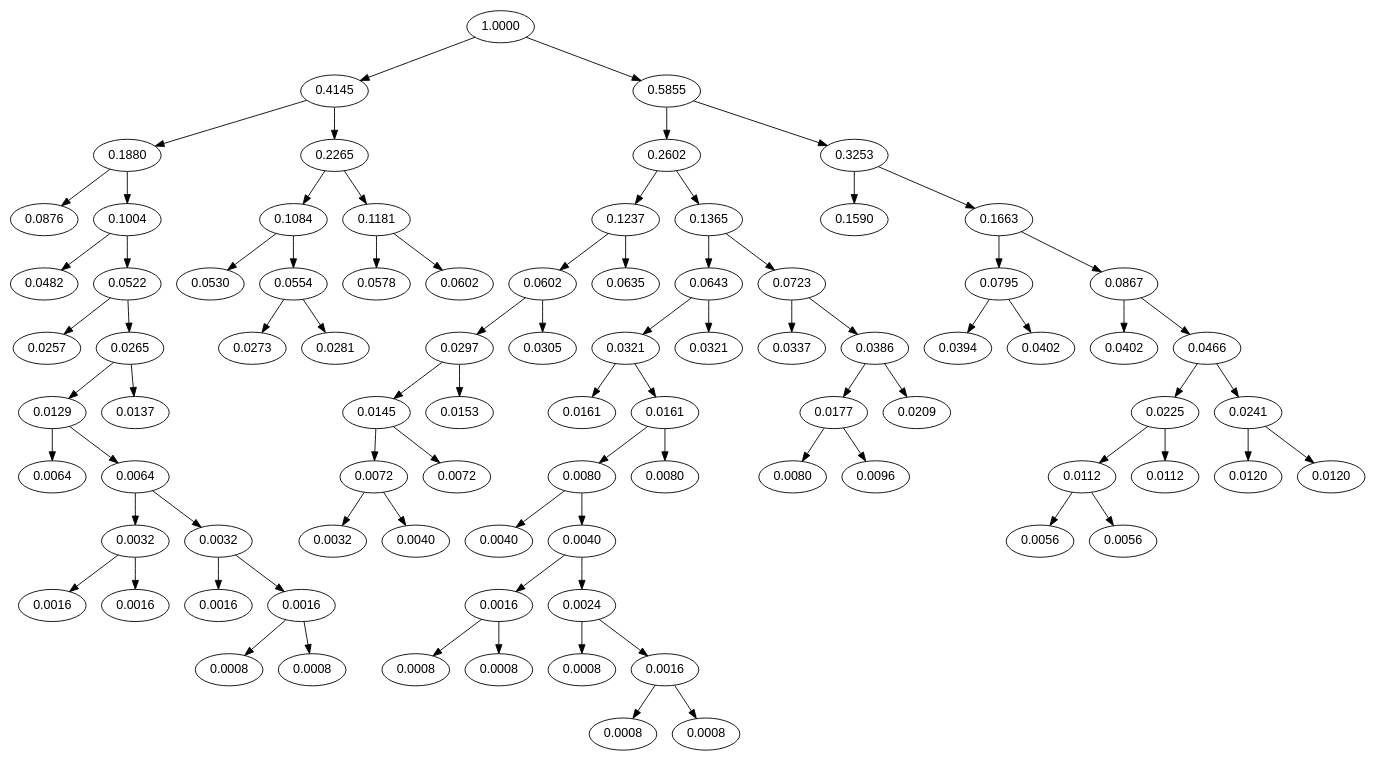
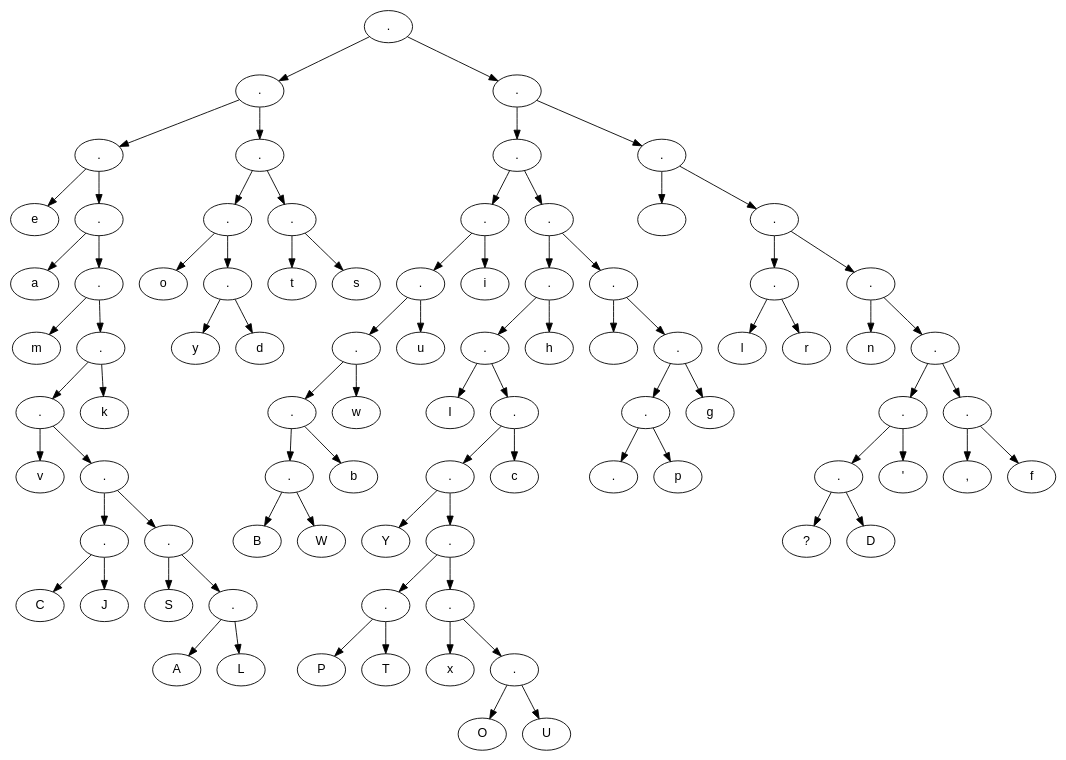
Before and after one commit to lukas-hen/compression: the diagram in resources/generated.dot, drawn with Graphviz. The commit also changed 6 other files, not shown here.

```diff
--- a/resources/generated.dot
+++ b/resources/generated.dot
@@ -1,132 +1,133 @@
 digraph BST {
     node [fontname="Arial" ];
-    n85 [ label = "1.0000" ];
-    n83 [ label = "0.4145" ];
-    n79 [ label = "0.1880" ];
-    n41 [ label = "0.0876" ];
-    n73 [ label = "0.1004" ];
-    n36 [ label = "0.0482" ];
-    n66 [ label = "0.0522" ];
-    n27 [ label = "0.0257" ];
-    n61 [ label = "0.0265" ];
-    n55 [ label = "0.0129" ];
-    n15 [ label = "0.0064" ];
-    n51 [ label = "0.0064" ];
-    n48 [ label = "0.0032" ];
-    n7 [ label = "0.0016" ];
-    n8 [ label = "0.0016" ];
-    n49 [ label = "0.0032" ];
-    n9 [ label = "0.0016" ];
-    n44 [ label = "0.0016" ];
-    n0 [ label = "0.0008" ];
-    n1 [ label = "0.0008" ];
-    n23 [ label = "0.0137" ];
-    n80 [ label = "0.2265" ];
-    n74 [ label = "0.1084" ];
-    n37 [ label = "0.0530" ];
-    n67 [ label = "0.0554" ];
-    n28 [ label = "0.0273" ];
-    n29 [ label = "0.0281" ];
-    n75 [ label = "0.1181" ];
-    n38 [ label = "0.0578" ];
-    n39 [ label = "0.0602" ];
-    n84 [ label = "0.5855" ];
-    n81 [ label = "0.2602" ];
-    n76 [ label = "0.1237" ];
-    n68 [ label = "0.0602" ];
-    n62 [ label = "0.0297" ];
-    n56 [ label = "0.0145" ];
-    n52 [ label = "0.0072" ];
-    n10 [ label = "0.0032" ];
-    n11 [ label = "0.0040" ];
-    n16 [ label = "0.0072" ];
-    n24 [ label = "0.0153" ];
-    n30 [ label = "0.0305" ];
-    n40 [ label = "0.0635" ];
-    n77 [ label = "0.1365" ];
-    n69 [ label = "0.0643" ];
-    n63 [ label = "0.0321" ];
-    n25 [ label = "0.0161" ];
-    n57 [ label = "0.0161" ];
-    n53 [ label = "0.0080" ];
-    n12 [ label = "0.0040" ];
-    n50 [ label = "0.0040" ];
-    n45 [ label = "0.0016" ];
-    n3 [ label = "0.0008" ];
-    n4 [ label = "0.0008" ];
-    n47 [ label = "0.0024" ];
-    n6 [ label = "0.0008" ];
-    n46 [ label = "0.0016" ];
-    n2 [ label = "0.0008" ];
-    n5 [ label = "0.0008" ];
-    n18 [ label = "0.0080" ];
-    n31 [ label = "0.0321" ];
-    n70 [ label = "0.0723" ];
-    n32 [ label = "0.0337" ];
-    n64 [ label = "0.0386" ];
-    n58 [ label = "0.0177" ];
-    n17 [ label = "0.0080" ];
-    n19 [ label = "0.0096" ];
-    n26 [ label = "0.0209" ];
-    n82 [ label = "0.3253" ];
-    n42 [ label = "0.1590" ];
-    n78 [ label = "0.1663" ];
-    n71 [ label = "0.0795" ];
-    n33 [ label = "0.0394" ];
-    n35 [ label = "0.0402" ];
-    n72 [ label = "0.0867" ];
-    n34 [ label = "0.0402" ];
-    n65 [ label = "0.0466" ];
-    n59 [ label = "0.0225" ];
-    n54 [ label = "0.0112" ];
-    n13 [ label = "0.0056" ];
-    n14 [ label = "0.0056" ];
-    n20 [ label = "0.0112" ];
-    n60 [ label = "0.0241" ];
-    n21 [ label = "0.0120" ];
-    n22 [ label = "0.0120" ];
+    n85 [ label = "." ];
+    n83 [ label = "." ];
+    n79 [ label = "." ];
+    n41 [ label = "e" ];
+    n73 [ label = "." ];
+    n36 [ label = "a" ];
+    n66 [ label = "." ];
+    n27 [ label = "m" ];
+    n61 [ label = "." ];
+    n55 [ label = "." ];
+    n15 [ label = "v" ];
+    n51 [ label = "." ];
+    n48 [ label = "." ];
+    n7 [ label = "C" ];
+    n8 [ label = "J" ];
+    n49 [ label = "." ];
+    n9 [ label = "S" ];
+    n44 [ label = "." ];
+    n0 [ label = "A" ];
+    n1 [ label = "L" ];
+    n23 [ label = "k" ];
+    n80 [ label = "." ];
+    n74 [ label = "." ];
+    n37 [ label = "o" ];
+    n67 [ label = "." ];
+    n28 [ label = "y" ];
+    n29 [ label = "d" ];
+    n75 [ label = "." ];
+    n38 [ label = "t" ];
+    n39 [ label = "s" ];
+    n84 [ label = "." ];
+    n81 [ label = "." ];
+    n76 [ label = "." ];
+    n68 [ label = "." ];
+    n62 [ label = "." ];
+    n56 [ label = "." ];
+    n52 [ label = "." ];
+    n10 [ label = "B" ];
+    n11 [ label = "W" ];
+    n16 [ label = "b" ];
+    n24 [ label = "w" ];
+    n30 [ label = "u" ];
+    n40 [ label = "i" ];
+    n77 [ label = "." ];
+    n69 [ label = "." ];
+    n63 [ label = "." ];
+    n25 [ label = "I" ];
+    n57 [ label = "." ];
+    n53 [ label = "." ];
+    n12 [ label = "Y" ];
+    n50 [ label = "." ];
+    n45 [ label = "." ];
+    n3 [ label = "P" ];
+    n4 [ label = "T" ];
+    n47 [ label = "." ];
+    n6 [ label = "x" ];
+    n46 [ label = "." ];
+    n2 [ label = "O" ];
+    n5 [ label = "U" ];
+    n18 [ label = "c" ];
+    n31 [ label = "h" ];
+    n70 [ label = "." ];
+    n32 [ label = "
+" ];
+    n64 [ label = "." ];
+    n58 [ label = "." ];
+    n17 [ label = "." ];
+    n19 [ label = "p" ];
+    n26 [ label = "g" ];
+    n82 [ label = "." ];
+    n42 [ label = " " ];
+    n78 [ label = "." ];
+    n71 [ label = "." ];
+    n33 [ label = "l" ];
+    n35 [ label = "r" ];
+    n72 [ label = "." ];
+    n34 [ label = "n" ];
+    n65 [ label = "." ];
+    n59 [ label = "." ];
+    n54 [ label = "." ];
+    n13 [ label = "?" ];
+    n14 [ label = "D" ];
+    n20 [ label = "'" ];
+    n60 [ label = "." ];
+    n21 [ label = "," ];
+    n22 [ label = "f" ];
 
     n85 -> { n83 n84 };
     n83 -> { n79 n80 };
     n79 -> { n41 n73 };
     n73 -> { n36 n66 };
     n66 -> { n27 n61 };
     n61 -> { n55 n23 };
     n55 -> { n15 n51 };
     n51 -> { n48 n49 };
     n48 -> { n7 n8 };
     n49 -> { n9 n44 };
     n44 -> { n0 n1 };
     n80 -> { n74 n75 };
     n74 -> { n37 n67 };
     n67 -> { n28 n29 };
     n75 -> { n38 n39 };
     n84 -> { n81 n82 };
     n81 -> { n76 n77 };
     n76 -> { n68 n40 };
     n68 -> { n62 n30 };
     n62 -> { n56 n24 };
     n56 -> { n52 n16 };
     n52 -> { n10 n11 };
     n77 -> { n69 n70 };
     n69 -> { n63 n31 };
     n63 -> { n25 n57 };
     n57 -> { n53 n18 };
     n53 -> { n12 n50 };
     n50 -> { n45 n47 };
     n45 -> { n3 n4 };
     n47 -> { n6 n46 };
     n46 -> { n2 n5 };
     n70 -> { n32 n64 };
     n64 -> { n58 n26 };
     n58 -> { n17 n19 };
     n82 -> { n42 n78 };
     n78 -> { n71 n72 };
     n71 -> { n33 n35 };
     n72 -> { n34 n65 };
     n65 -> { n59 n60 };
     n59 -> { n54 n20 };
     n54 -> { n13 n14 };
     n60 -> { n21 n22 };
 
 }
```
